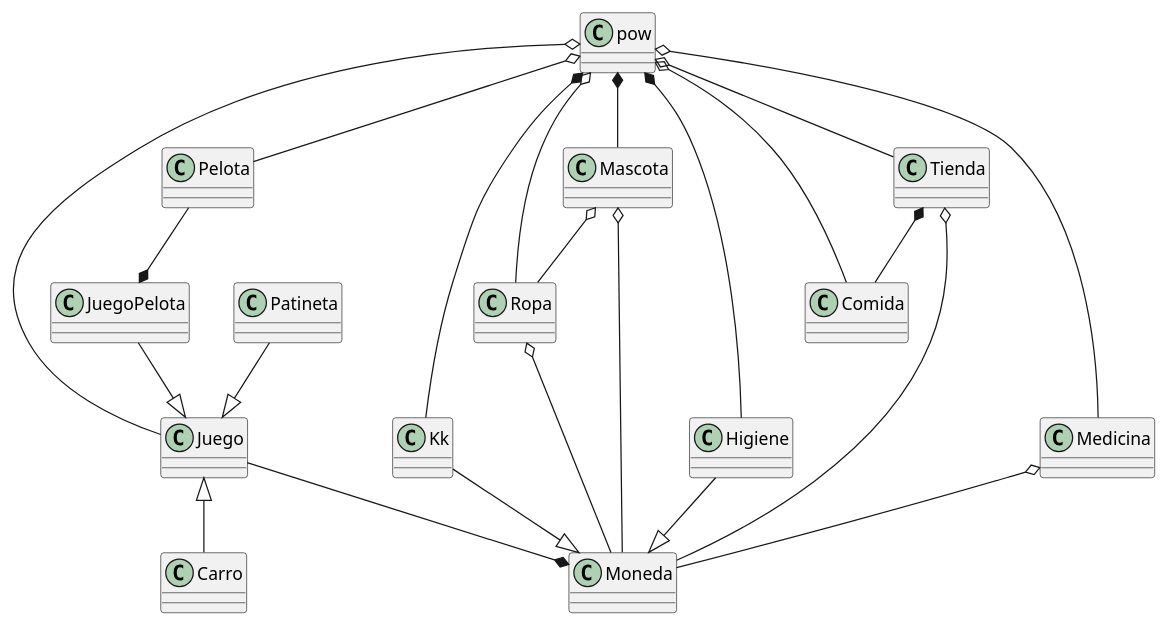
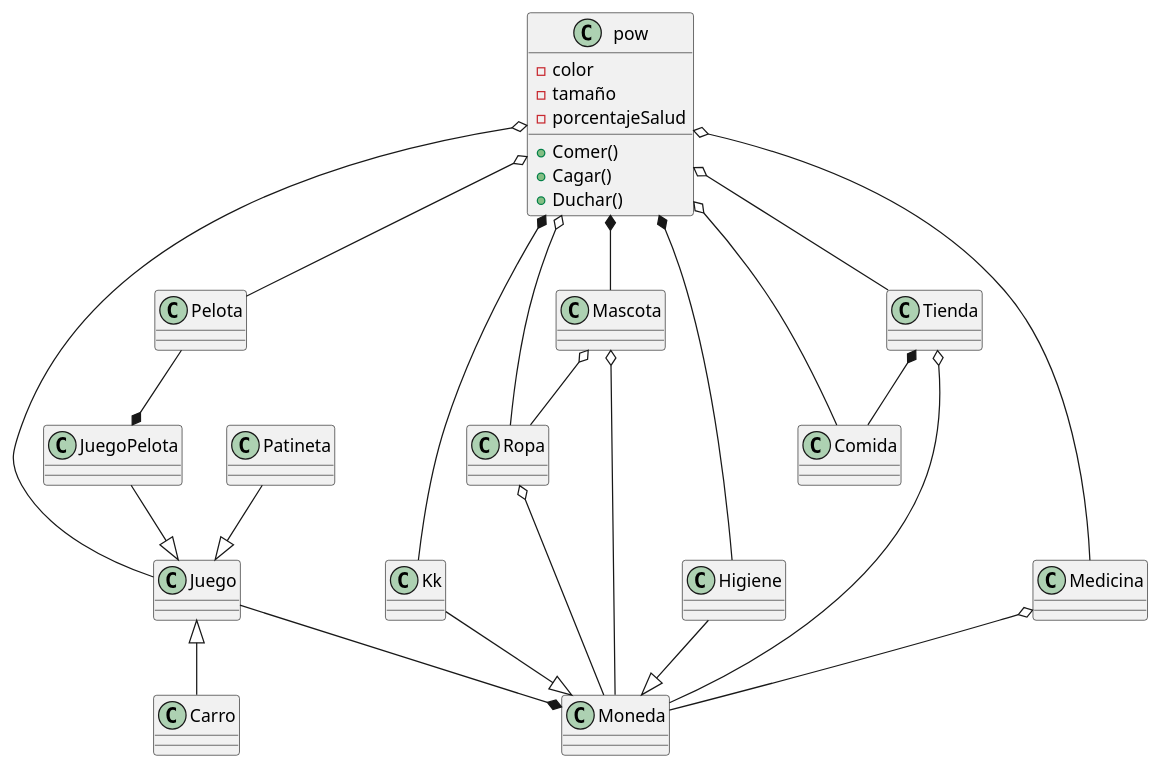
The diagram in docs/pow.puml (LuisEnriqueGonzalezIsaac/Hola-Mundo), drawn with PlantUML before and after one commit. The commit also changed 3 other files, not shown here.

```diff
--- a/docs/pow.puml
+++ b/docs/pow.puml
@@ -1,42 +1,50 @@
 @startuml pow
 
-class pow 
+class pow {
+    -color 
+    -tamaño 
+    -porcentajeSalud
+    + Comer()
+    + Cagar()
+    + Duchar()
+}
 class Juego
 class JuegoPelota
 class Pelota 
 class Ropa
 class Medicina
 class Carro
 class Patineta 
 class Kk
 class Moneda 
 class Higiene
 class Comida 
 class Mascota
 class Tienda
+
 
 JuegoPelota--|>Juego
 Juego<|--Carro
 Patineta --|> Juego
 Higiene--|> Moneda
 Kk --|>Moneda
 
 Pelota --* JuegoPelota
 pow *-- Higiene
 pow *-- Kk
 Juego--*Moneda
 pow *-- Mascota
 Tienda*--Comida
 
 pow o-- Juego
 Tienda o-- Moneda
 pow o-- Ropa 
 pow o-- Tienda
 pow o-- Medicina
 Ropa o-- Moneda
 pow o--Comida
 pow o-- Pelota
 Medicina o--Moneda
 Mascota o--Moneda
 Mascota o-- Ropa
 @enduml
```
